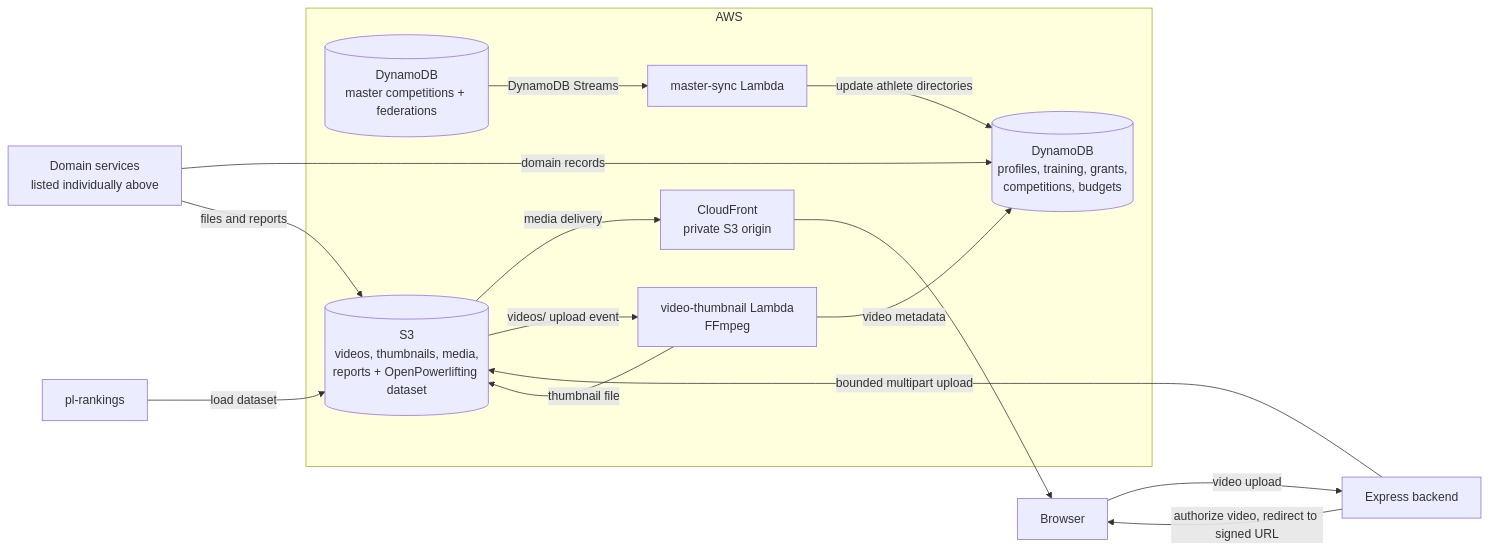
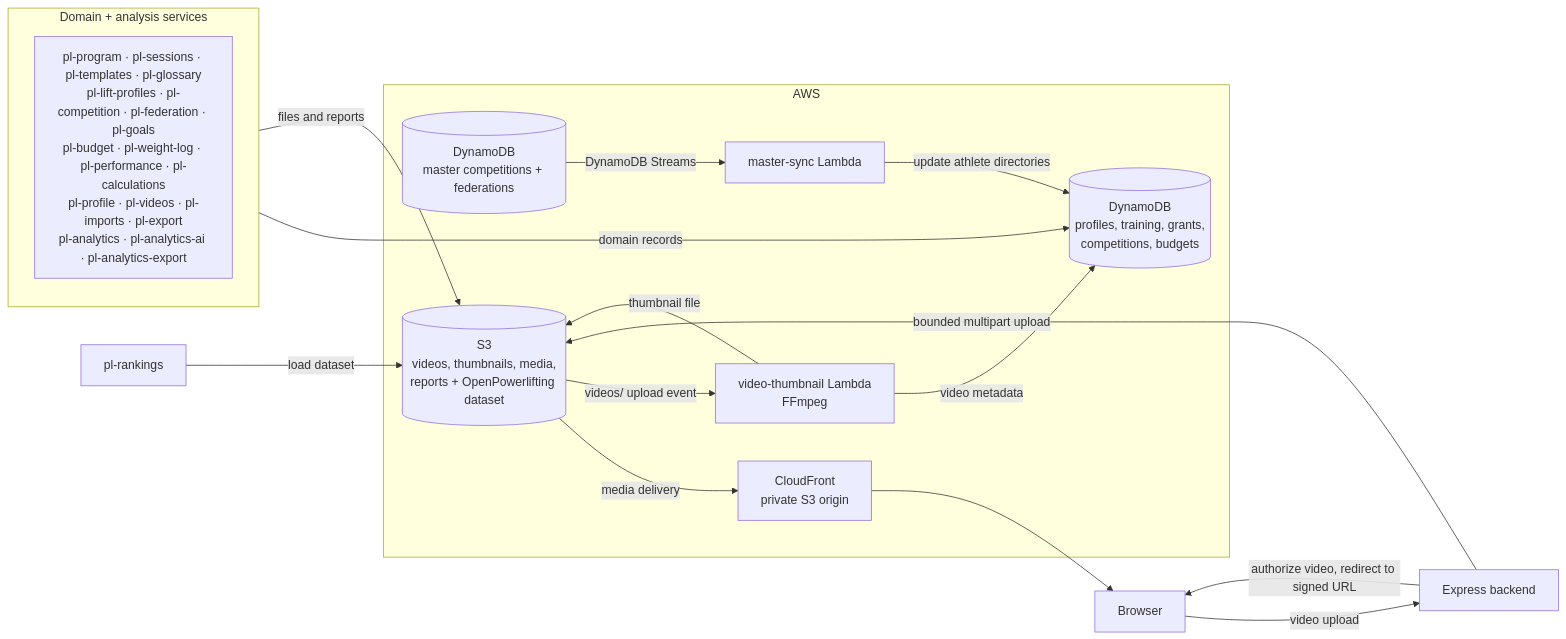
One commit to PierreStephaneVoltaire/ai-powerlifting changed the fifth of 7 diagrams in README.md. Above: the diagram before and after it, drawn with Mermaid. The commit also changed other lines of this file, not shown here.

````diff
--- a/README.md
+++ b/README.md
@@ -371,27 +474,30 @@
 ```mermaid
 flowchart LR
-  Services["Domain services<br/>listed individually above"]
+  subgraph Services["Domain + analysis services"]
+    direction TB
+    SvcList["pl-program · pl-sessions · pl-templates · pl-glossary<br/>pl-lift-profiles · pl-competition · pl-federation · pl-goals<br/>pl-budget · pl-weight-log · pl-performance · pl-calculations<br/>pl-profile · pl-videos · pl-imports · pl-export<br/>pl-analytics · pl-analytics-ai · pl-analytics-export"]
+  end
   BE["Express backend"]
   Rankings["pl-rankings"]
   UI["Browser"]
 
   subgraph AWS["AWS"]
     DDB[("DynamoDB<br/>profiles, training, grants,<br/>competitions, budgets")]
     Master[("DynamoDB<br/>master competitions + federations")]
     S3[("S3<br/>videos, thumbnails, media,<br/>reports + OpenPowerlifting dataset")]
     CDN["CloudFront<br/>private S3 origin"]
     Sync["master-sync Lambda"]
     Thumbs["video-thumbnail Lambda<br/>FFmpeg"]
   end
 
   Services -->|"domain records"| DDB
   Services -->|"files and reports"| S3
   Rankings -->|"load dataset"| S3
   UI -->|"video upload"| BE -->|"bounded multipart upload"| S3
   BE -->|"authorize video, redirect to signed URL"| UI
   S3 -->|"media delivery"| CDN --> UI
   S3 -->|"videos/ upload event"| Thumbs
   Thumbs -->|"thumbnail file"| S3
   Thumbs -->|"video metadata"| DDB
   Master -->|"DynamoDB Streams"| Sync -->|"update athlete directories"| DDB
 ```
````
